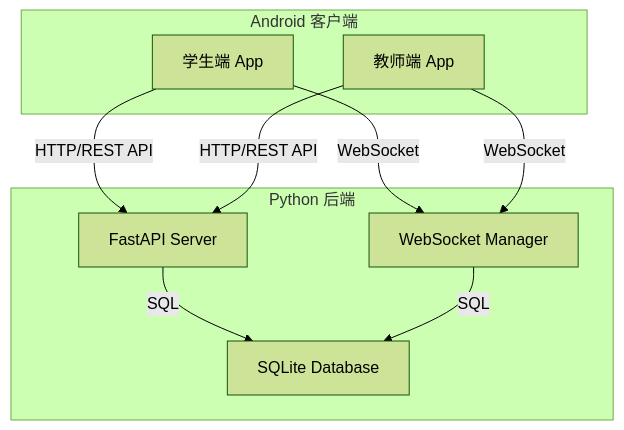
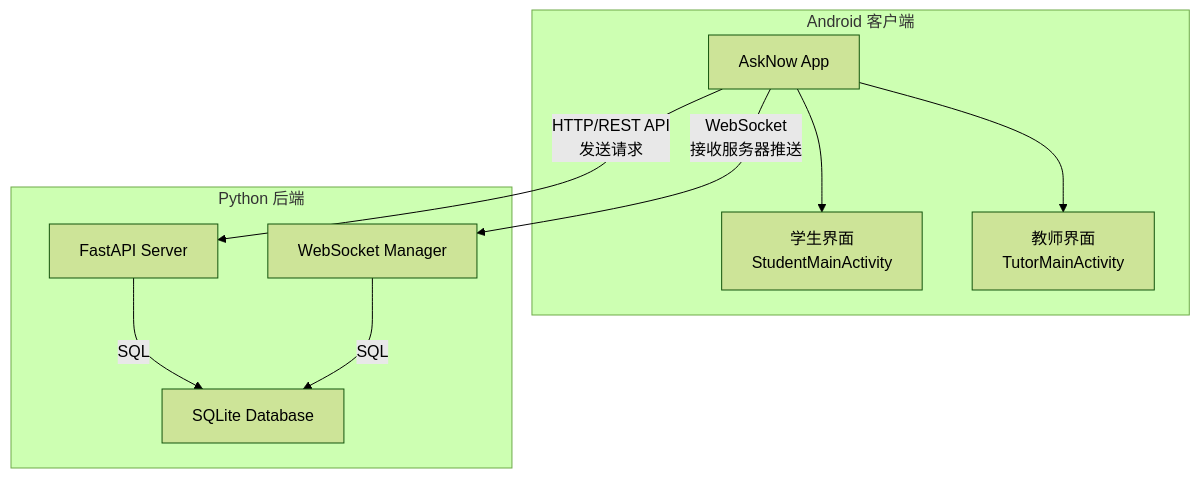
The first of 9 diagrams in docs/ARCHITECTURE.md (dowdah/realtime-qa-android), drawn with Mermaid (forest theme) before and after one commit. The commit also changed other lines of this file and 6 other files, not shown here.

````diff
--- a/docs/ARCHITECTURE.md
+++ b/docs/ARCHITECTURE.md
@@ -20,20 +20,21 @@
 ```mermaid
 graph TB
     subgraph "Android 客户端"
-        A[学生端 App]
-        B[教师端 App]
+        A[AskNow App]
+        A1[学生界面<br/>StudentMainActivity]
+        A2[教师界面<br/>TutorMainActivity]
+        A --> A1
+        A --> A2
     end
     
     subgraph "Python 后端"
         C[FastAPI Server]
         D[WebSocket Manager]
         E[SQLite Database]
     end
     
-    A -->|HTTP/REST API| C
-    A -->|WebSocket| D
-    B -->|HTTP/REST API| C
-    B -->|WebSocket| D
+    A -->|HTTP/REST API<br/>发送请求| C
+    A -->|WebSocket<br/>接收服务器推送| D
     C -->|SQL| E
     D -->|SQL| E
 ```
````
